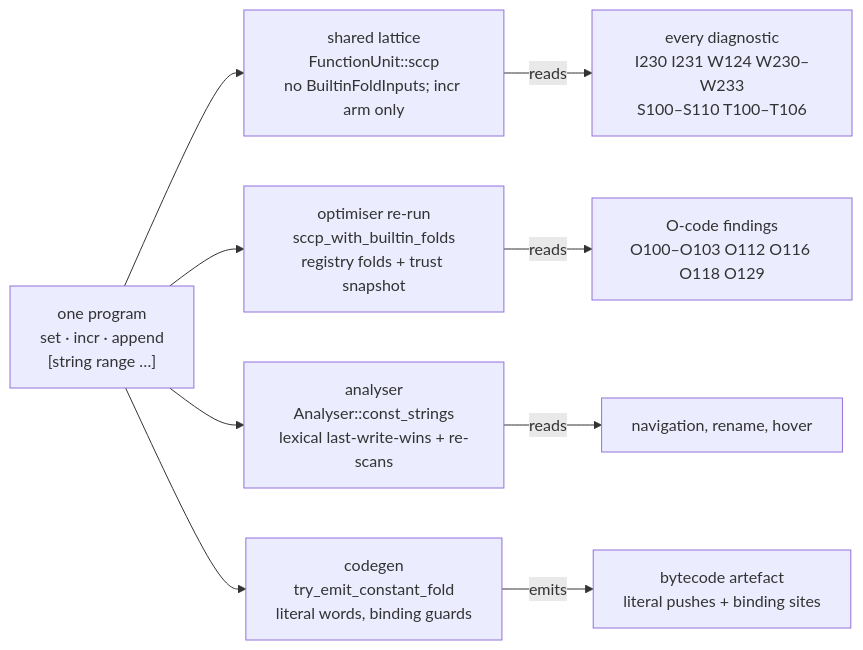
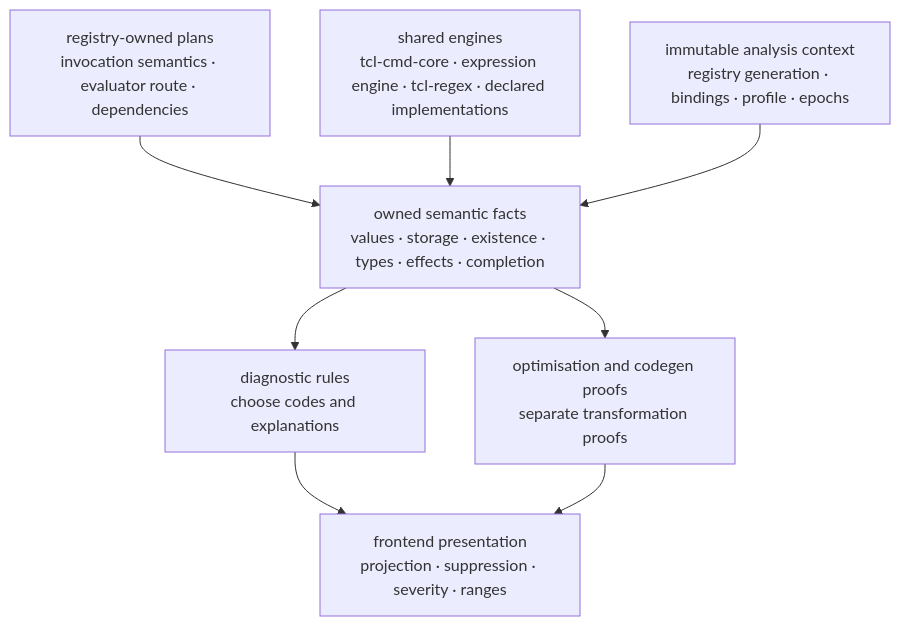
The first of 5 diagrams in docs/design/compiler/value-transfers.md (bitwisecook/tcl-lsp), drawn with Mermaid before and after one commit. The commit also changed other lines of this file and 7 other files, not shown here.

````diff
--- a/docs/design/compiler/value-transfers.md
+++ b/docs/design/compiler/value-transfers.md
@@ -91,12 +166,11 @@
 ```mermaid
-flowchart LR
-    P["one program<br/>set · incr · append<br/>[string range …]"]
-    P --> L["shared lattice<br/>FunctionUnit::sccp<br/>no BuiltinFoldInputs; incr arm only"]
-    P --> O["optimiser re-run<br/>sccp_with_builtin_folds<br/>registry folds + trust snapshot"]
-    P --> A["analyser<br/>Analyser::const_strings<br/>lexical last-write-wins + re-scans"]
-    P --> C["codegen<br/>try_emit_constant_fold<br/>literal words, binding guards"]
-    L -->|reads| D["every diagnostic<br/>I230 I231 W124 W230–W233<br/>S100–S110 T100–T106"]
-    O -->|reads| F["O-code findings<br/>O100–O103 O112 O116 O118 O129"]
-    A -->|reads| N["navigation, rename, hover"]
-    C -->|emits| B["bytecode artefact<br/>literal pushes + binding sites"]
+flowchart TB
+    R["registry-owned plans<br/>invocation semantics · evaluator route · dependencies"] --> F
+    E["shared engines<br/>tcl-cmd-core · expression engine · tcl-regex · declared implementations"] --> F
+    C["immutable analysis context<br/>registry generation · bindings · profile · epochs"] --> F
+    F["owned semantic facts<br/>values · storage · existence · types · effects · completion"]
+    F --> D["diagnostic rules<br/>choose codes and explanations"]
+    F --> O["optimisation and codegen proofs<br/>separate transformation proofs"]
+    D --> P["frontend presentation<br/>projection · suppression · severity · ranges"]
+    O --> P
 ```
````
